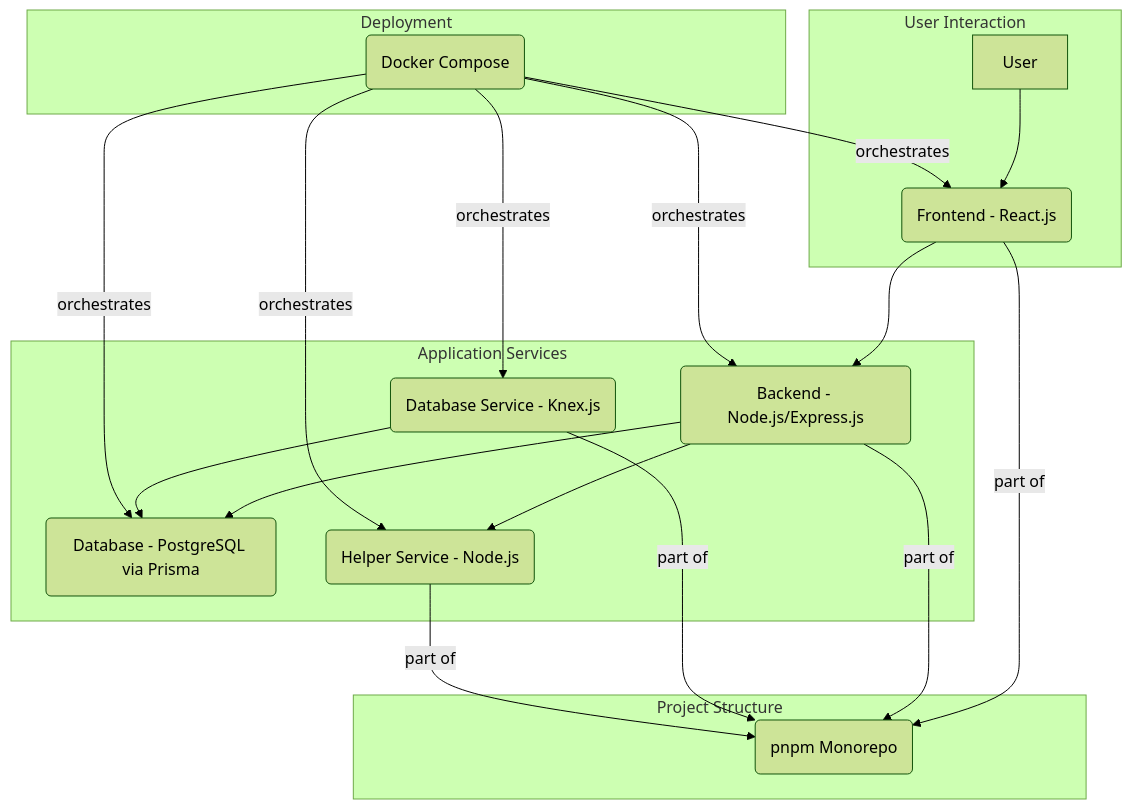
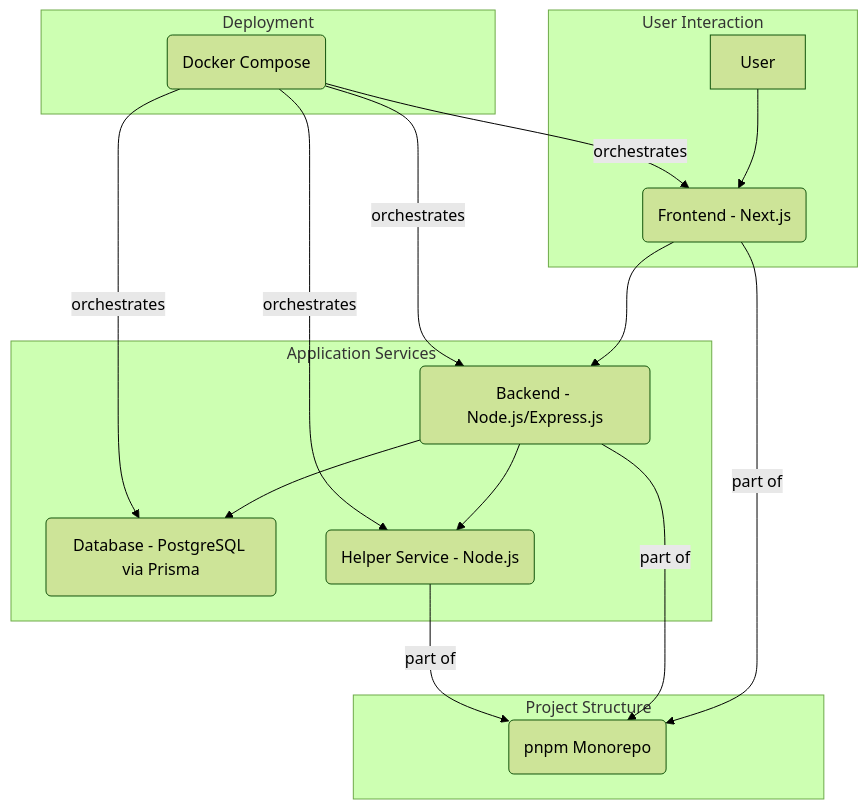
Before and after one commit to damrongsak/star-lab: the diagram in README.md, drawn with Mermaid (forest theme). The commit also changed other lines of this file and 300 other files, not shown here.

````diff
--- a/README.md
+++ b/README.md
@@ -50,30 +48,28 @@
 ```mermaid
 graph TD
     subgraph User Interaction
-        User --> Frontend(Frontend - React.js);
+        User --> Frontend(Frontend - Next.js);
     end
 
     subgraph Application Services
         Frontend --> Backend(Backend - Node.js/Express.js);
         Backend --> Database(Database - PostgreSQL via Prisma);
-        DatabaseService(Database Service - Knex.js) --> Database;
+        
         Backend --> HelperService(Helper Service - Node.js);
     end
 
     subgraph Project Structure
         Monorepo(pnpm Monorepo)
         Frontend -- part of --> Monorepo;
         Backend -- part of --> Monorepo;
-        DatabaseService -- part of --> Monorepo;
         HelperService -- part of --> Monorepo;
     end
 
     subgraph Deployment
         DockerCompose(Docker Compose)
         DockerCompose -- orchestrates --> Frontend;
         DockerCompose -- orchestrates --> Backend;
         DockerCompose -- orchestrates --> Database;
-        DockerCompose -- orchestrates --> DatabaseService;
         DockerCompose -- orchestrates --> HelperService;
     end
 ```
````
